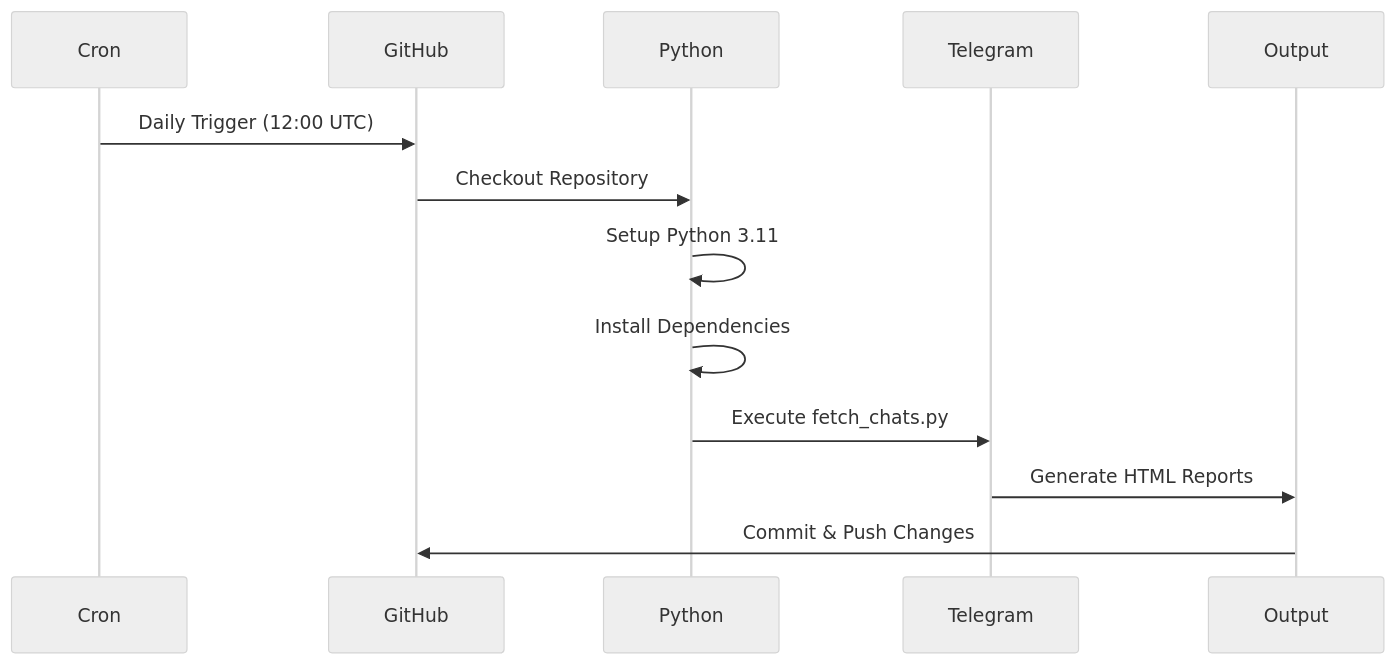
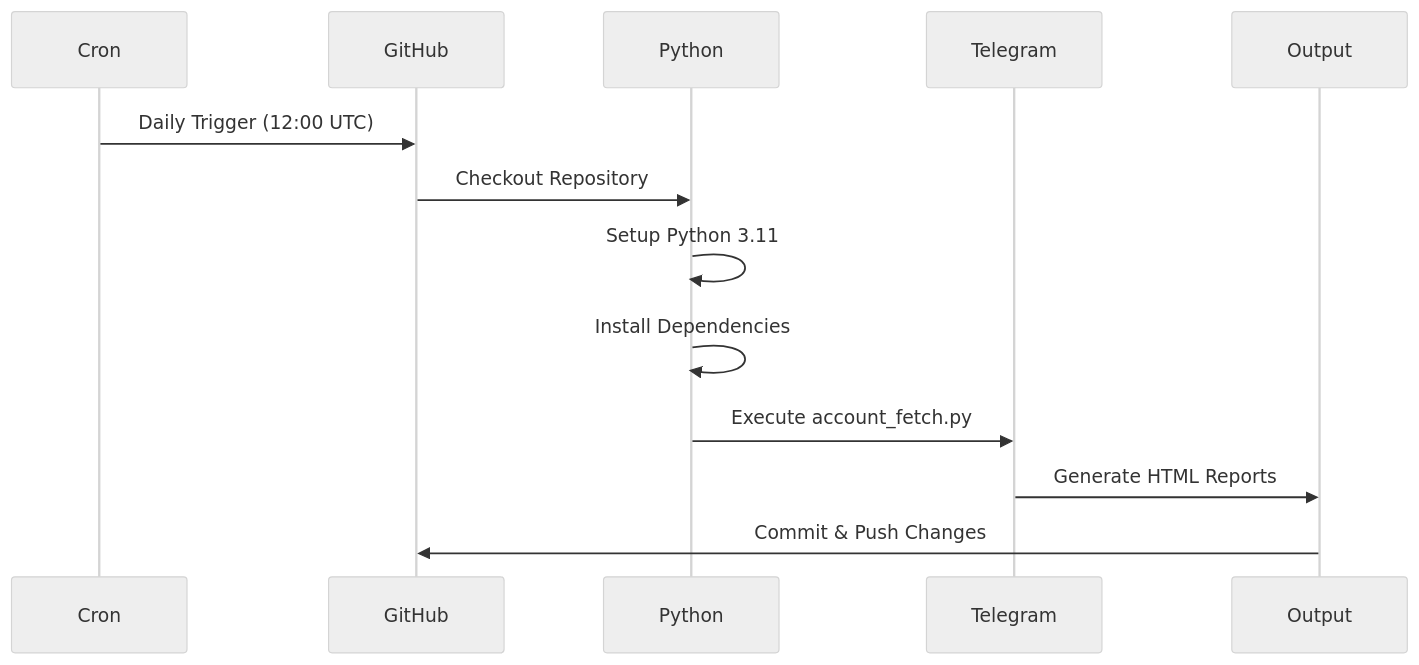
Before and after one commit to dmarzzz/CryptoTGScan: the second of 2 diagrams in README.md, drawn with Mermaid (neutral theme). The commit also changed other lines of this file and 1 other file, not shown here.

Commit message:
change name account_fetch

````diff
--- a/README.md
+++ b/README.md
@@ -65,16 +65,16 @@
 ```mermaid
 sequenceDiagram
     participant Cron
     participant GitHub
     participant Python
     participant Telegram
     participant Output
     
     Cron->>GitHub: Daily Trigger (12:00 UTC)
     GitHub->>Python: Checkout Repository
     Python->>Python: Setup Python 3.11
     Python->>Python: Install Dependencies
-    Python->>Telegram: Execute fetch_chats.py
+    Python->>Telegram: Execute account_fetch.py
     Telegram->>Output: Generate HTML Reports
     Output->>GitHub: Commit & Push Changes
 ```
````
